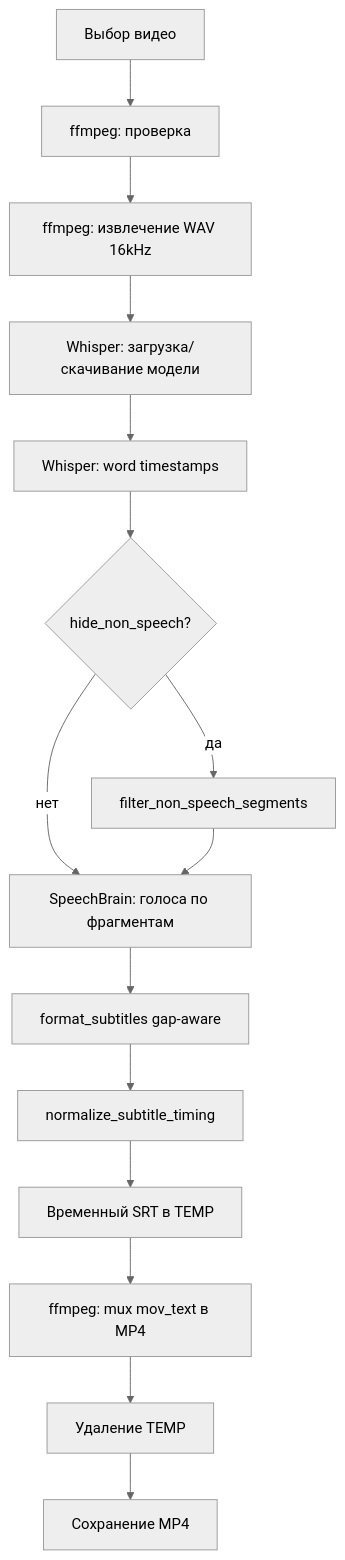
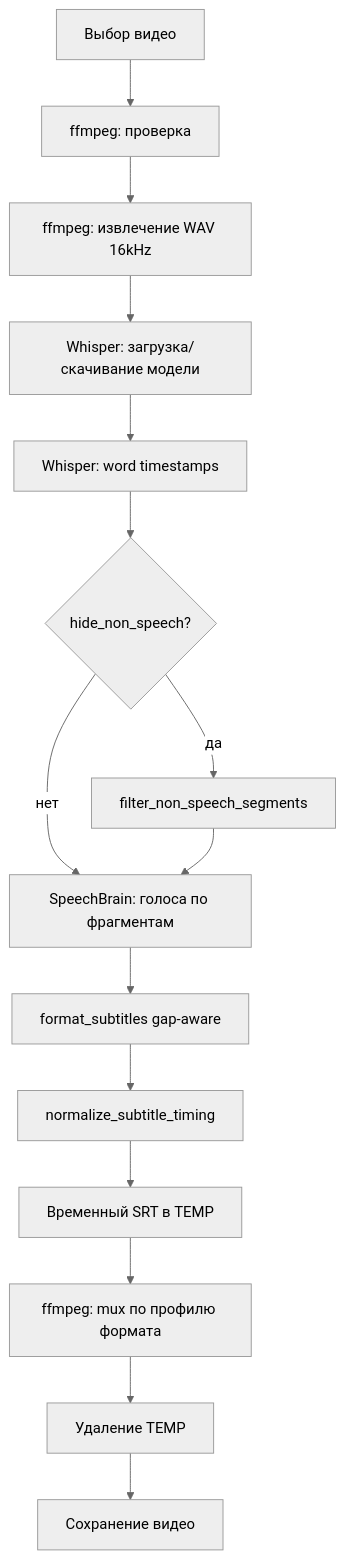
One commit to alexsams123456/subforge changed the diagram in docs/AGENT_CONTEXT.md. Above: the diagram before and after it, drawn with Mermaid (neutral theme). The commit also changed other lines of this file and 2 other files, not shown here.

````diff
--- a/docs/AGENT_CONTEXT.md
+++ b/docs/AGENT_CONTEXT.md
@@ -80,17 +82,17 @@
 ```mermaid
 flowchart TD
   pick[Выбор видео] --> ffmpeg_check[ffmpeg: проверка]
   ffmpeg_check --> extract[ffmpeg: извлечение WAV 16kHz]
   extract --> model[Whisper: загрузка/скачивание модели]
   model --> transcribe[Whisper: word timestamps]
   transcribe --> filter{hide_non_speech?}
   filter -->|да| drop[filter_non_speech_segments]
   filter -->|нет| diarize
   drop --> diarize[SpeechBrain: голоса по фрагментам]
   diarize --> format[format_subtitles gap-aware]
   format --> timing[normalize_subtitle_timing]
   timing --> srt[Временный SRT в TEMP]
-  srt --> mux[ffmpeg: mux mov_text в MP4]
+  srt --> mux[ffmpeg: mux по профилю формата]
   mux --> cleanup[Удаление TEMP]
-  cleanup --> save[Сохранение MP4]
+  cleanup --> save[Сохранение видео]
 ```
````
